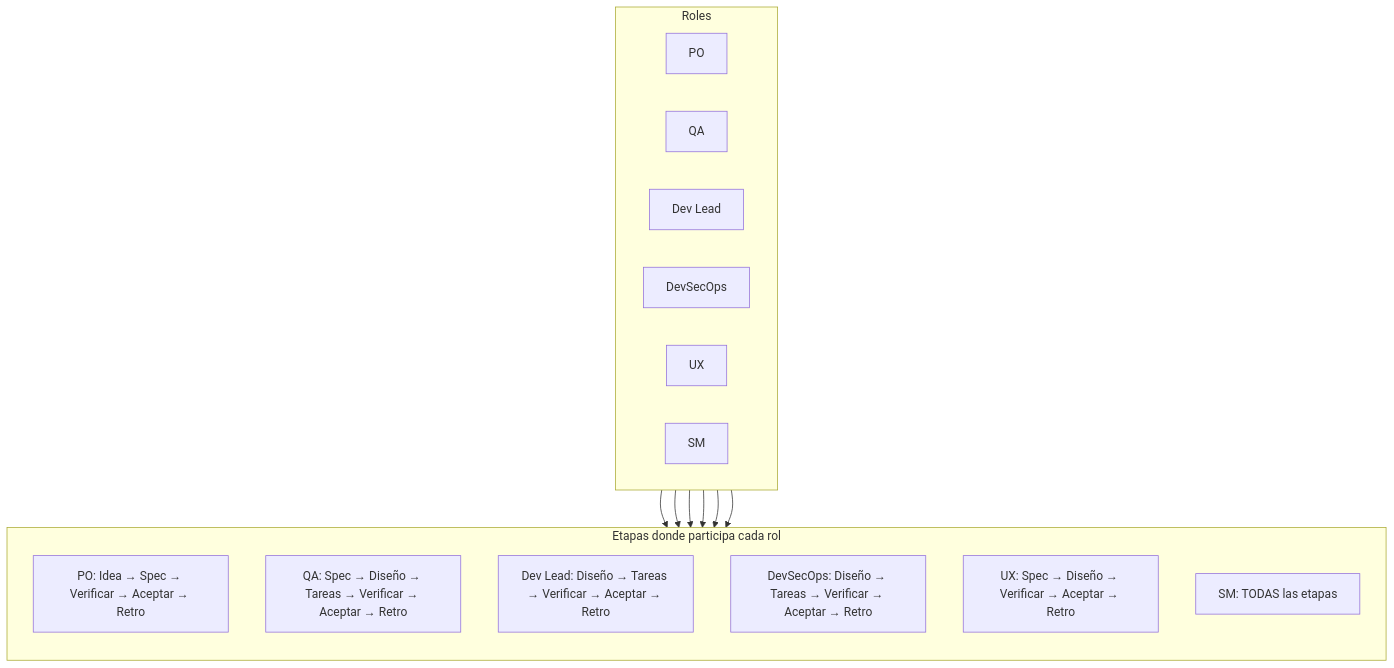
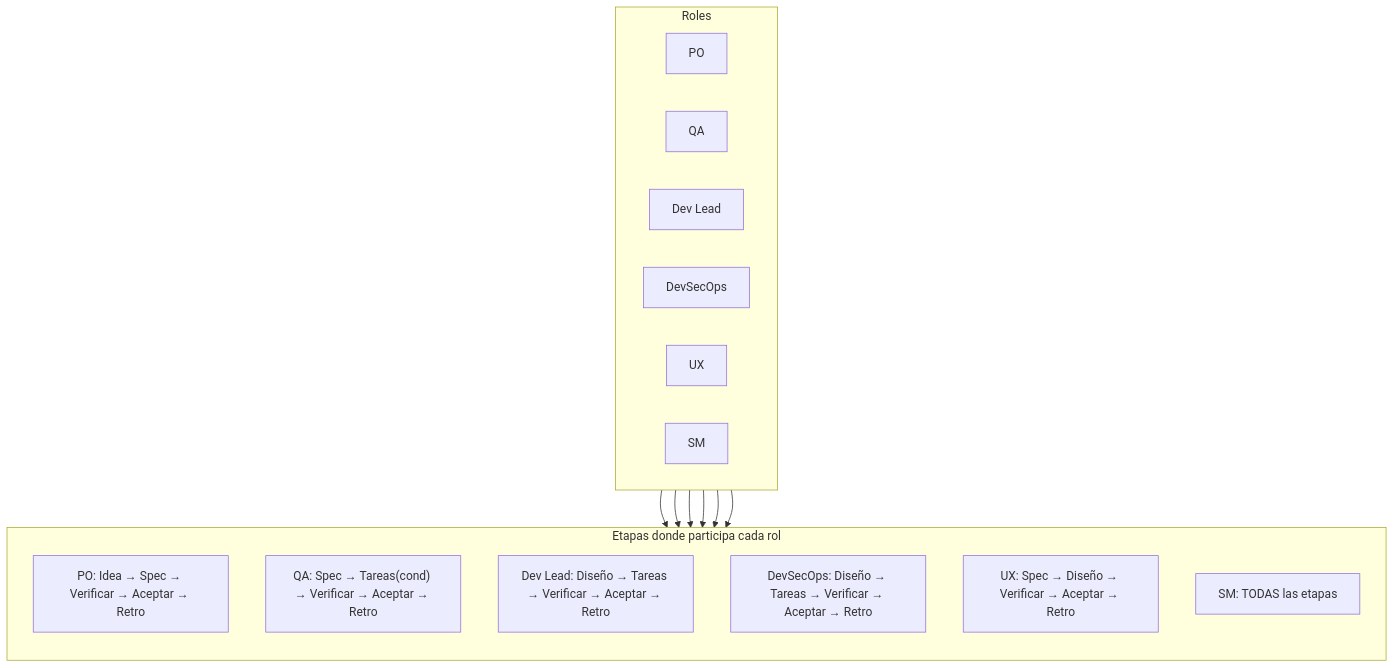
Diagram 13 of 13 in docs/behavior-scrum-master-routing.md (virgenherrera/idea-to-mvp), drawn with Mermaid before and after one commit. The commit also changed other lines of this file and 4 other files, not shown here.

````diff
--- a/docs/behavior-scrum-master-routing.md
+++ b/docs/behavior-scrum-master-routing.md
@@ -758,29 +862,29 @@
 ```mermaid
 flowchart TB
     subgraph ROLES["Roles"]
         direction LR
         R_PO["PO"]
         R_QA["QA"]
         R_DEV["Dev Lead"]
         R_SEC["DevSecOps"]
         R_UX["UX"]
         R_SM["SM"]
     end
 
     subgraph STAGES["Etapas donde participa cada rol"]
         direction TB
         S_PO["PO: Idea → Spec → Verificar → Aceptar → Retro"]
-        S_QA["QA: Spec → Diseño → Tareas → Verificar → Aceptar → Retro"]
+        S_QA["QA: Spec → Tareas(cond) → Verificar → Aceptar → Retro"]
         S_DEV["Dev Lead: Diseño → Tareas → Verificar → Aceptar → Retro"]
         S_SEC["DevSecOps: Diseño → Tareas → Verificar → Aceptar → Retro"]
         S_UX["UX: Spec → Diseño → Verificar → Aceptar → Retro"]
         S_SM["SM: TODAS las etapas"]
     end
 
     R_PO --> S_PO
     R_QA --> S_QA
     R_DEV --> S_DEV
     R_SEC --> S_SEC
     R_UX --> S_UX
     R_SM --> S_SM
 ```
````
